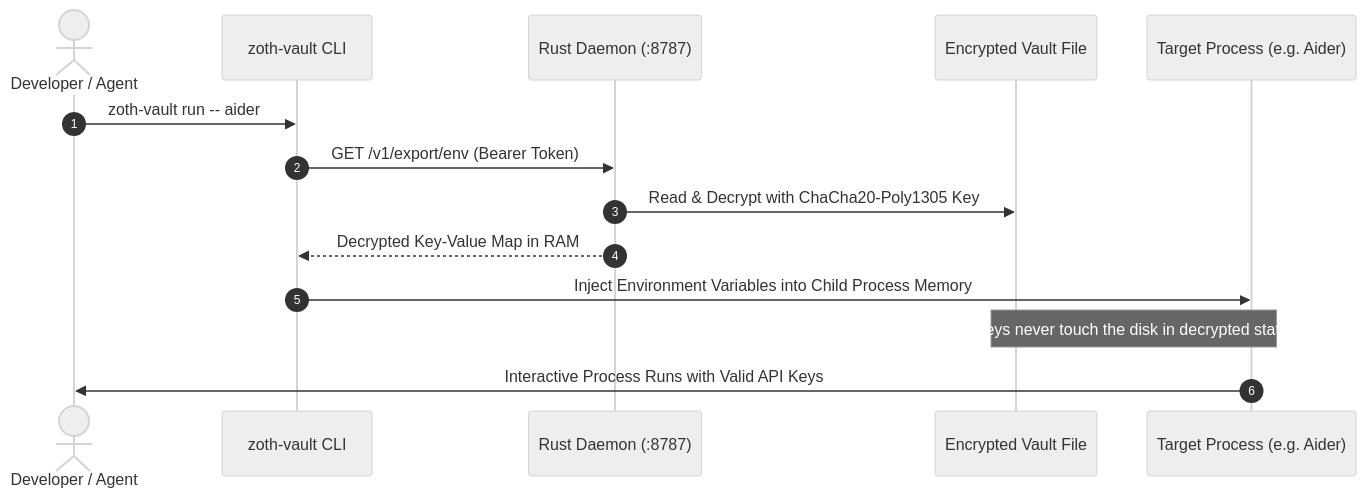
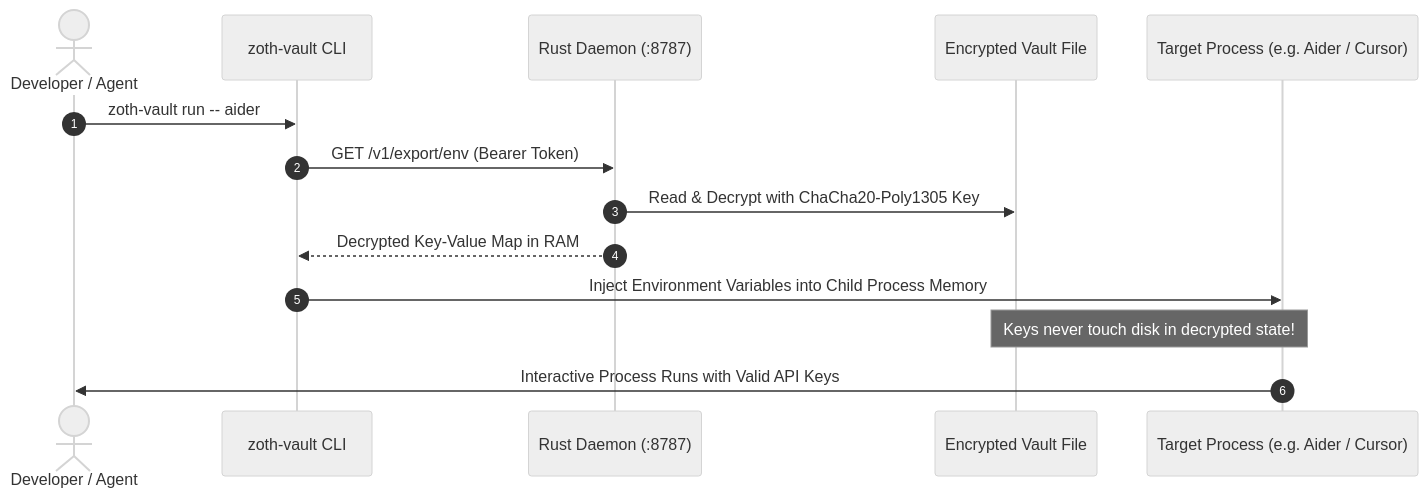
One commit to NullAITech/zoth-os changed the third of 3 diagrams in README.md. Above: the diagram before and after it, drawn with Mermaid (neutral theme). The commit also changed other lines of this file and 4 other files, not shown here.

Commit message:
docs(readme): redesign main README with launch hero banner, specs matrix, and architecture diagram

````diff
--- a/README.md
+++ b/README.md
@@ -146,17 +246,17 @@
 ```mermaid
 sequenceDiagram
     autonumber
     actor Dev as Developer / Agent
     participant CLI as zoth-vault CLI
     participant Daemon as Rust Daemon (:8787)
     participant Disk as Encrypted Vault File
-    participant Proc as Target Process (e.g. Aider)
+    participant Proc as Target Process (e.g. Aider / Cursor)
 
     Dev->>CLI: zoth-vault run -- aider
     CLI->>Daemon: GET /v1/export/env (Bearer Token)
     Daemon->>Disk: Read & Decrypt with ChaCha20-Poly1305 Key
     Daemon-->>CLI: Decrypted Key-Value Map in RAM
     CLI->>Proc: Inject Environment Variables into Child Process Memory
-    Note over Disk,Proc: Keys never touch the disk in decrypted state!
+    Note over Disk,Proc: Keys never touch disk in decrypted state!
     Proc->>Dev: Interactive Process Runs with Valid API Keys
 ```
````
